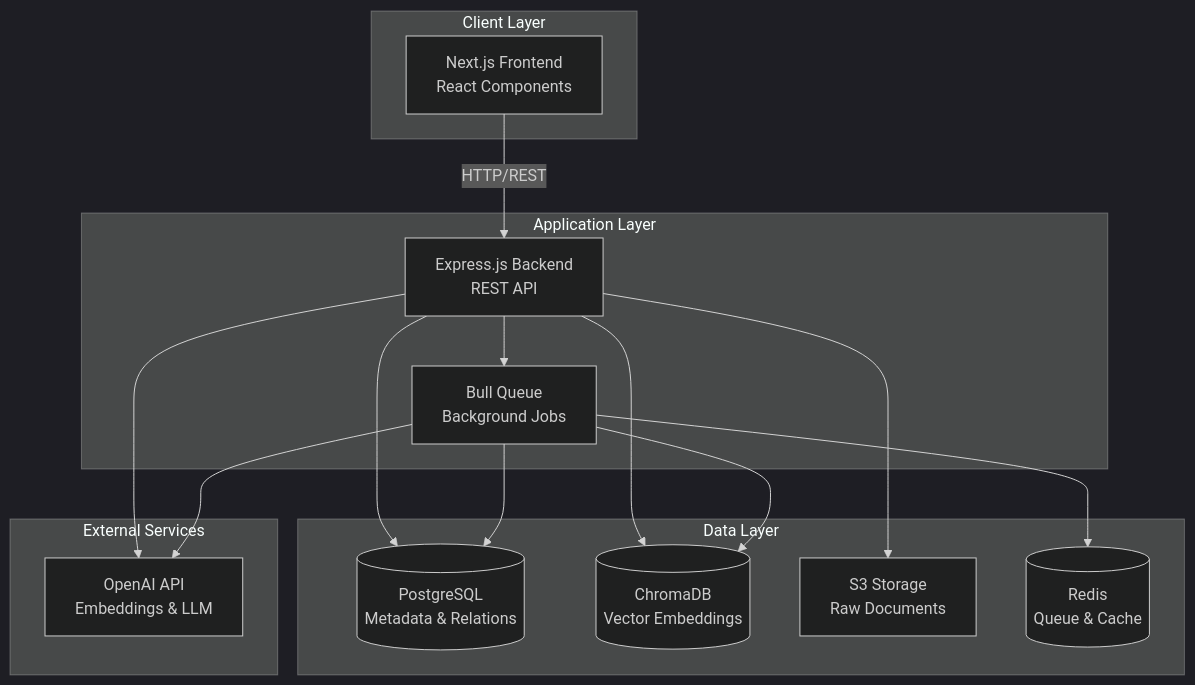
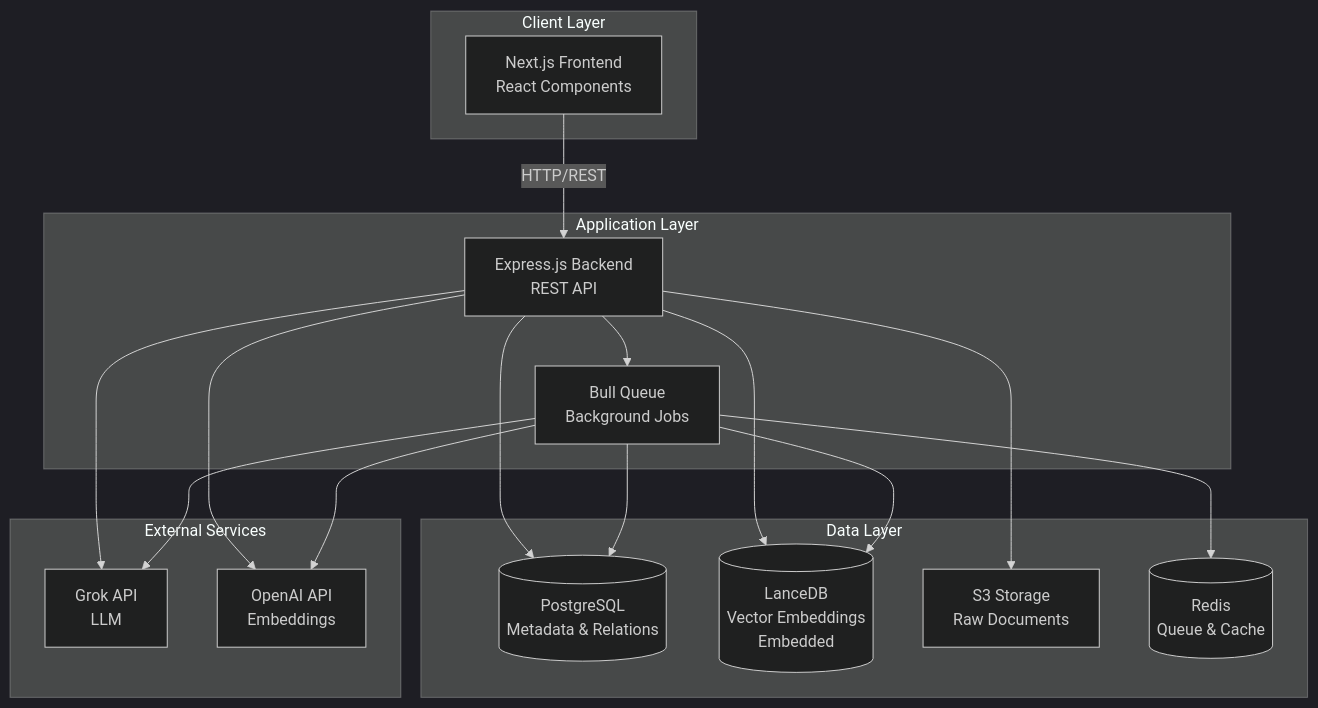
Before and after one commit to aravindbharathy/RAG-InvestmentAnalyzer: the first of 5 diagrams in Docs/architecture.md, drawn with Mermaid (dark theme). The commit also changed other lines of this file and 31 other files, not shown here.

First line of the commit message:
Implement complete RAG backend with LanceDB and Grok integration

````diff
--- a/Docs/architecture.md
+++ b/Docs/architecture.md
@@ -18,33 +18,36 @@
 ```mermaid
 graph TB
     subgraph "Client Layer"
         UI[Next.js Frontend<br/>React Components]
     end
 
     subgraph "Application Layer"
         API[Express.js Backend<br/>REST API]
         Queue[Bull Queue<br/>Background Jobs]
     end
 
     subgraph "Data Layer"
         PG[(PostgreSQL<br/>Metadata & Relations)]
-        Chroma[(ChromaDB<br/>Vector Embeddings)]
+        Lance[(LanceDB<br/>Vector Embeddings<br/>Embedded)]
         S3[S3 Storage<br/>Raw Documents]
         Redis[(Redis<br/>Queue & Cache)]
     end
 
     subgraph "External Services"
-        OpenAI[OpenAI API<br/>Embeddings & LLM]
+        Grok[Grok API<br/>LLM]
+        OpenAI[OpenAI API<br/>Embeddings]
     end
 
     UI -->|HTTP/REST| API
     API --> Queue
     Queue --> Redis
     API --> PG
-    API --> Chroma
+    API --> Lance
     API --> S3
+    API --> Grok
     API --> OpenAI
     Queue --> PG
-    Queue --> Chroma
+    Queue --> Lance
+    Queue --> Grok
     Queue --> OpenAI
 ```
````
